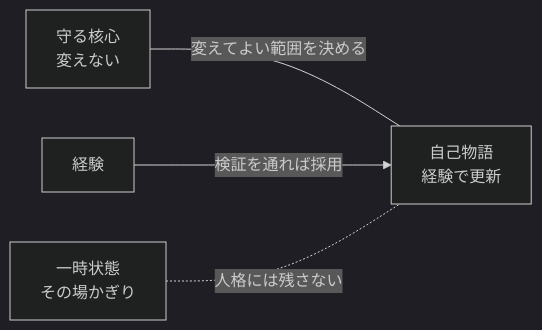
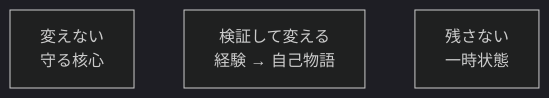
One commit to Salmonellasarduri/llm-personality-design-patterns changed the diagram in README.ja.md. Above: the diagram before and after it, drawn with Mermaid (dark theme). The commit also changed other lines of this file and 1 other file, not shown here.

Commit message:
Make README diagram easier to scan (#4)

````diff
--- a/README.ja.md
+++ b/README.ja.md
@@ -11,6 +11,7 @@
 ```mermaid
 flowchart LR
-    CORE["守る核心<br/>変えない"] ---|"変えてよい範囲を決める"| STORY["自己物語<br/>経験で更新"]
-    EXP["経験"] -->|"検証を通れば採用"| STORY
-    STATE["一時状態<br/>その場かぎり"] -.-|"人格には残さない"| STORY
+    KEEP["変えない<br/>守る核心"]
+    CHANGE["検証して変える<br/>経験 → 自己物語"]
+    DROP["残さない<br/>一時状態"]
+    KEEP ~~~ CHANGE ~~~ DROP
 ```
````
